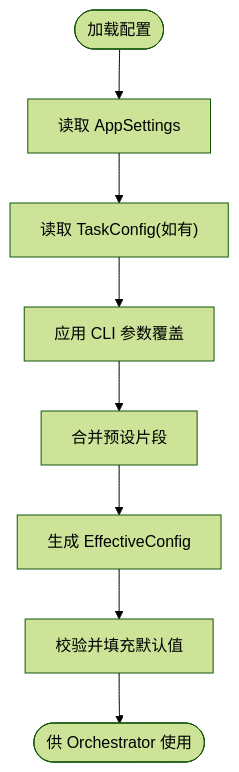
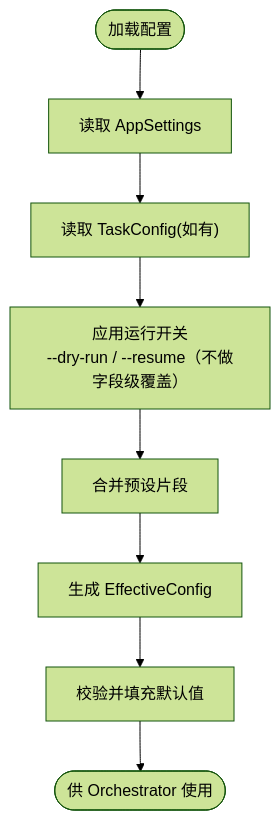
One commit to and123or/UUP2ISO changed diagram 17 of 19 in docs/需求分析/软件流程图.md. Above: the diagram before and after it, drawn with Mermaid (forest theme). The commit also changed other lines of this file and 25 other files, not shown here.

````diff
--- a/docs/需求分析/软件流程图.md
+++ b/docs/需求分析/软件流程图.md
@@ -343,10 +370,10 @@
 ```mermaid
 flowchart TD
     G0([加载配置]) --> G1["读取 AppSettings"]
     G1 --> G2["读取 TaskConfig(如有)"]
-    G2 --> G3["应用 CLI 参数覆盖"]
+    G2 --> G3["应用运行开关<br/>--dry-run / --resume（不做字段级覆盖）"]
     G3 --> G4["合并预设片段"]
     G4 --> G5["生成 EffectiveConfig"]
     G5 --> G6["校验并填充默认值"]
     G6 --> G7([供 Orchestrator 使用])
 ```
````
